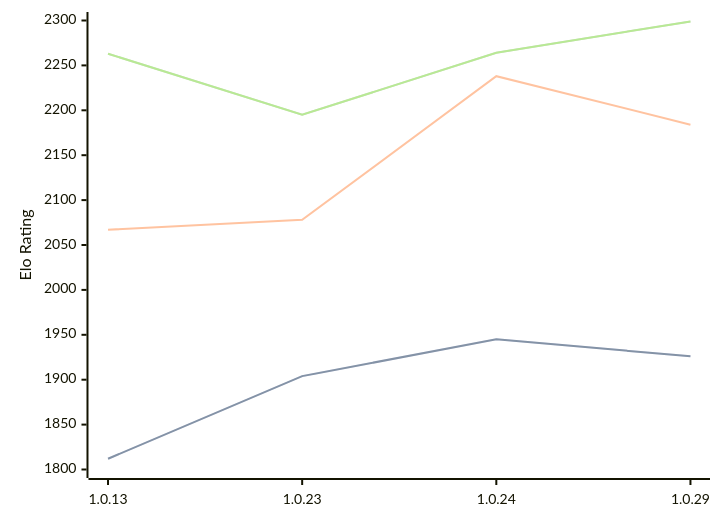
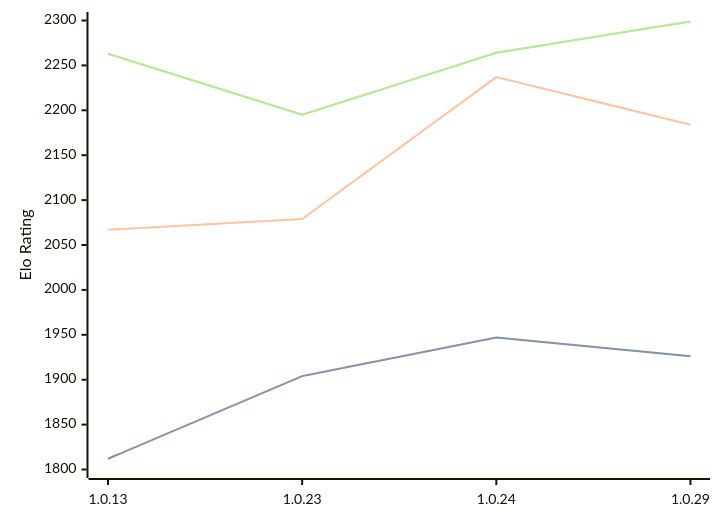
Before and after one commit to computer-chess-index/cci: the diagram in engines/RustyRival.md, drawn with Mermaid. The commit also changed other lines of this file, not shown here.

Commit message:
Update CCI Ratings (ELO VLTC) - 2026-03-24

````diff
--- a/engines/RustyRival.md
+++ b/engines/RustyRival.md
@@ -62,11 +62,11 @@
 ```mermaid
 %%{init: {"theme":"base","themeVariables":{"seriesColors:['#a3a3a3','#222221','#faa371']}}}%%
 xychart-beta
   x-axis ["1.0.13", "1.0.23", "1.0.24", "1.0.29"]
   y-axis "Elo Rating" 1800 --> 2300
-  line "STC (8.0+0.08s)" [1812, 1904, 1945, 1926]
-  line "STC (8.0+0.08s)" [1812, 1904, 1945, 1926]
-  line "LTC (60.0+0.60s)" [2067, 2078, 2238, 2184]
+  line "STC (8.0+0.08s)" [1812, 1904, 1947, 1926]
+  line "STC (8.0+0.08s)" [1812, 1904, 1947, 1926]
+  line "LTC (60.0+0.60s)" [2067, 2079, 2237, 2184]
   line "VLTC (2m24s+1.12s)" [2263, 2195, 2264, 2299]
   line "VLTC (2m24s+1.12s)" [2263, 2195, 2264, 2299]
 ```
````
